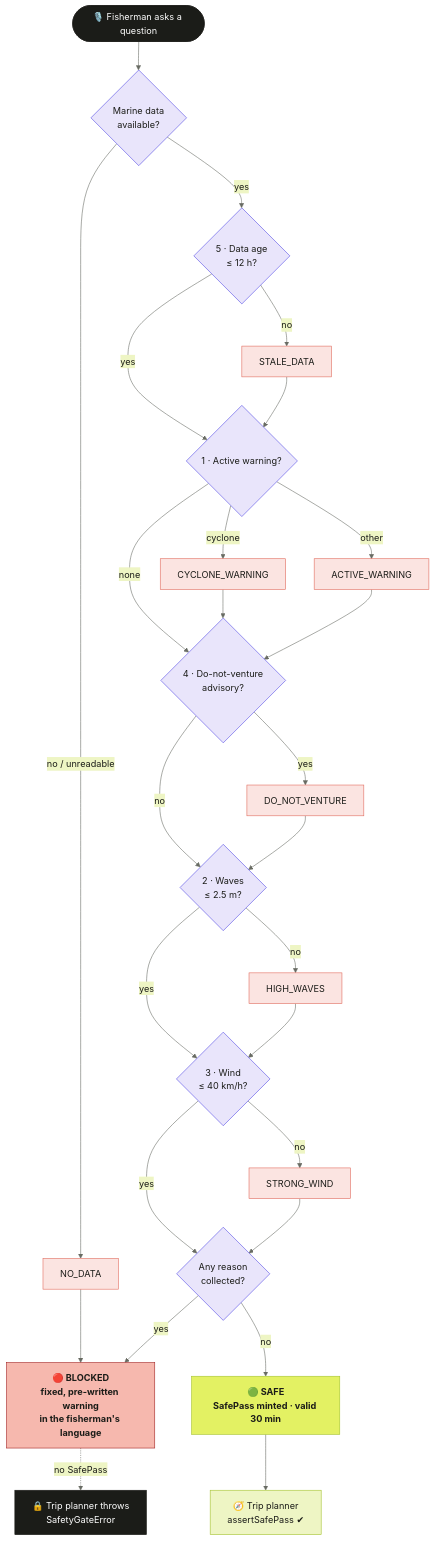
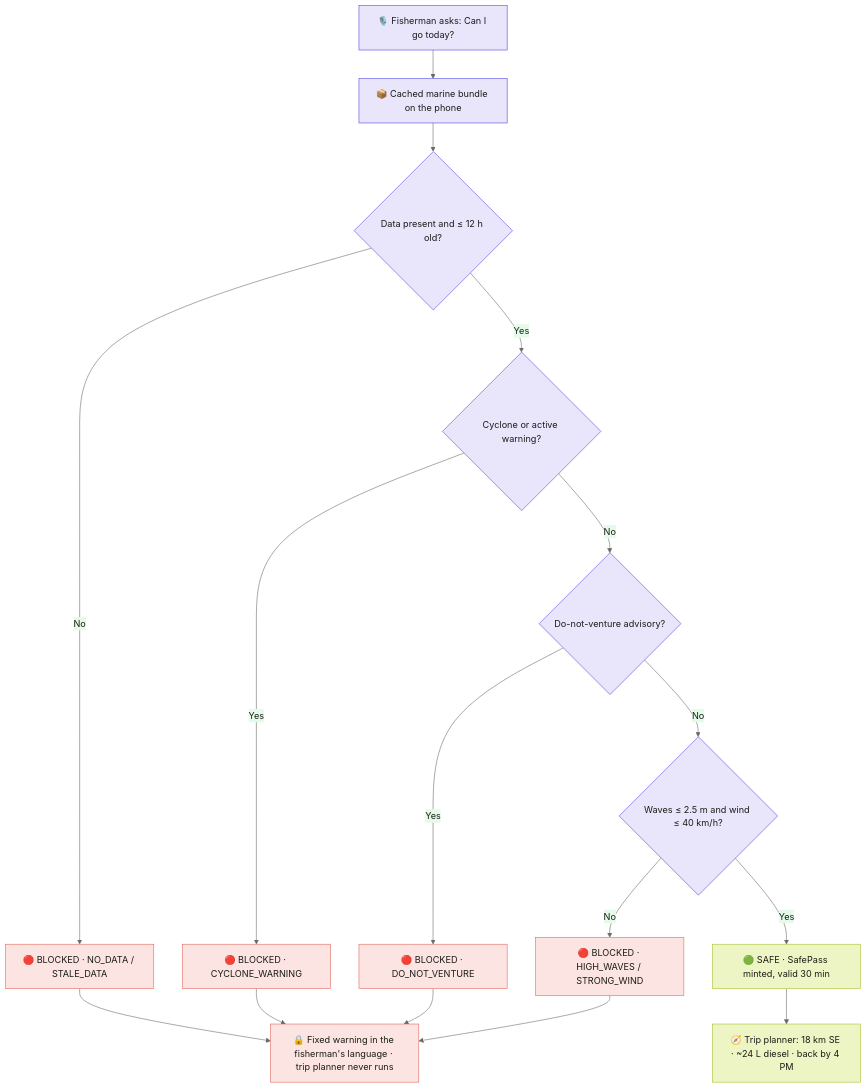
The first of 5 diagrams in README.md (TIRTHPATEL3086/ORCA), drawn with Mermaid before and after one commit. The commit also changed other lines of this file, not shown here.

````diff
--- a/README.md
+++ b/README.md
@@ -70,35 +73,21 @@
 ```mermaid
-%%{init: {'theme':'base','themeVariables':{'fontFamily':'Inter, Segoe UI, sans-serif','primaryColor':'#E9E5FB','primaryTextColor':'#1B1C18','primaryBorderColor':'#4F46E5','lineColor':'#686B63','secondaryColor':'#EEF5C4','tertiaryColor':'#FBE4E1'}}}%%
-flowchart TD
-    Q([🎙️ Fisherman asks a question]):::ink --> D{Marine data<br/>available?}
-    D -- "no / unreadable" --> NODATA[NO_DATA]:::pink
-    D -- yes --> C5{5 · Data age<br/>≤ 12 h?}
-    C5 -- no --> STALE[STALE_DATA]:::pink
-    C5 -- yes --> C1
-    STALE --> C1{1 · Active warning?}
-    C1 -- cyclone --> CY[CYCLONE_WARNING]:::pink
-    C1 -- other --> AW[ACTIVE_WARNING]:::pink
-    C1 -- none --> C4
-    CY --> C4
-    AW --> C4{4 · Do-not-venture<br/>advisory?}
-    C4 -- yes --> DNV[DO_NOT_VENTURE]:::pink
-    C4 -- no --> C2
-    DNV --> C2{2 · Waves<br/>≤ 2.5 m?}
-    C2 -- no --> HW[HIGH_WAVES]:::pink
-    C2 -- yes --> C3
-    HW --> C3{3 · Wind<br/>≤ 40 km/h?}
-    C3 -- no --> SW[STRONG_WIND]:::pink
-    C3 -- yes --> R
-    SW --> R{Any reason<br/>collected?}
-    NODATA --> BLOCK
-    R -- yes --> BLOCK[🔴 BLOCKED<br/>fixed, pre-written warning<br/>in the fisherman's language]:::stop
-    R -- no --> SAFE[🟢 SAFE<br/>SafePass minted · valid 30 min]:::go
-    SAFE --> TP[🧭 Trip planner<br/>assertSafePass ✔]:::lime
-    BLOCK -. "no SafePass" .-> X[🔒 Trip planner throws<br/>SafetyGateError]:::ink
+%%{init: {'theme':'base','themeVariables':{'fontFamily':'Inter, Segoe UI, sans-serif','primaryColor':'#E9E5FB','primaryTextColor':'#1B1C18','primaryBorderColor':'#4F46E5','lineColor':'#686B63'}}}%%
+graph TD
+    A[🎙️ Fisherman asks: Can I go today?] --> B[📦 Cached marine bundle on the phone]
+    B --> C{Data present and ≤ 12 h old?}
+    C -->|No| X[🔴 BLOCKED · NO_DATA / STALE_DATA]
+    C -->|Yes| D{Cyclone or active warning?}
+    D -->|Yes| X2[🔴 BLOCKED · CYCLONE_WARNING]
+    D -->|No| E{Do-not-venture advisory?}
+    E -->|Yes| X3[🔴 BLOCKED · DO_NOT_VENTURE]
+    E -->|No| F{Waves ≤ 2.5 m and wind ≤ 40 km/h?}
+    F -->|No| X4[🔴 BLOCKED · HIGH_WAVES / STRONG_WIND]
+    F -->|Yes| G[🟢 SAFE · SafePass minted, valid 30 min]
+    G --> H[🧭 Trip planner: 18 km SE · ~24 L diesel · back by 4 PM]
+    X & X2 & X3 & X4 --> Z[🔒 Fixed warning in the fisherman's language · trip planner never runs]
 
-    classDef ink fill:#1B1C18,color:#ffffff,stroke:#1B1C18
-    classDef pink fill:#FBE4E1,stroke:#E0685A,color:#1B1C18
-    classDef lime fill:#EEF5C4,stroke:#A3C12B,color:#1B1C18
-    classDef go fill:#E3F163,stroke:#A3C12B,color:#1B1C18,font-weight:bold
-    classDef stop fill:#F6B8AE,stroke:#9F1D1D,color:#1B1C18,font-weight:bold
+    classDef stop fill:#FBE4E1,stroke:#E0685A,color:#1B1C18
+    classDef go fill:#EEF5C4,stroke:#A3C12B,color:#1B1C18
+    class X,X2,X3,X4,Z stop
+    class G,H go
 ```
````
